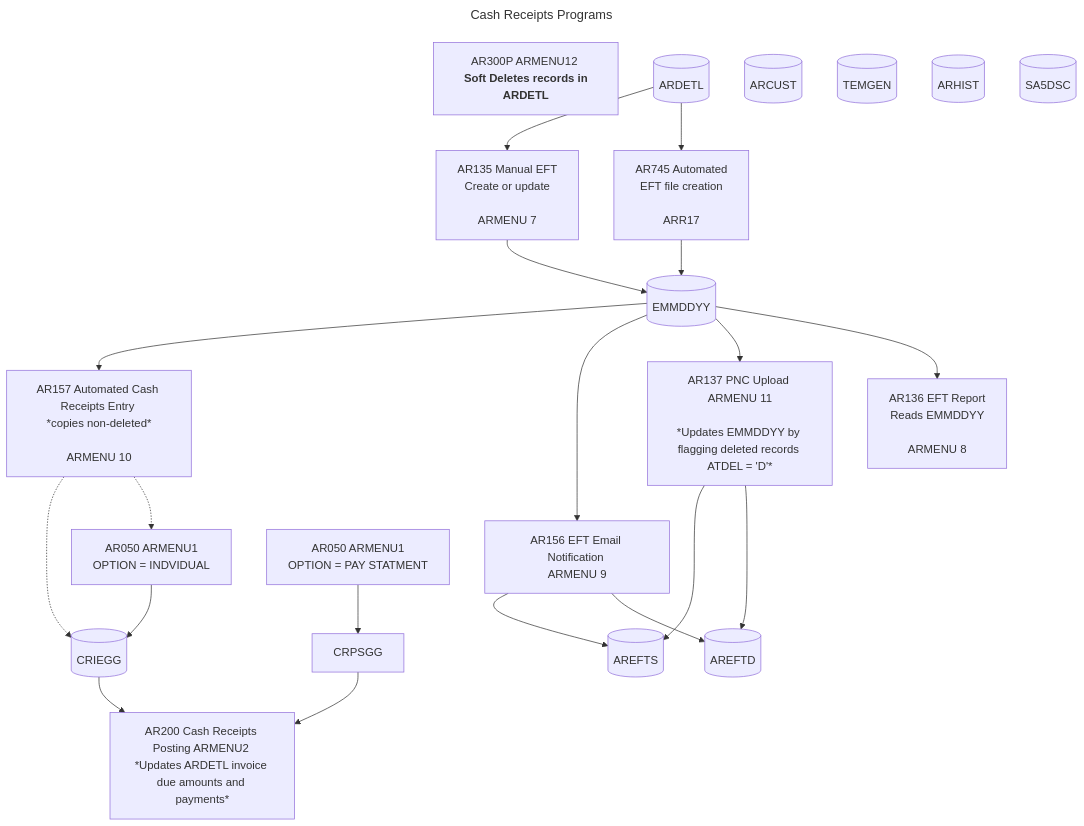
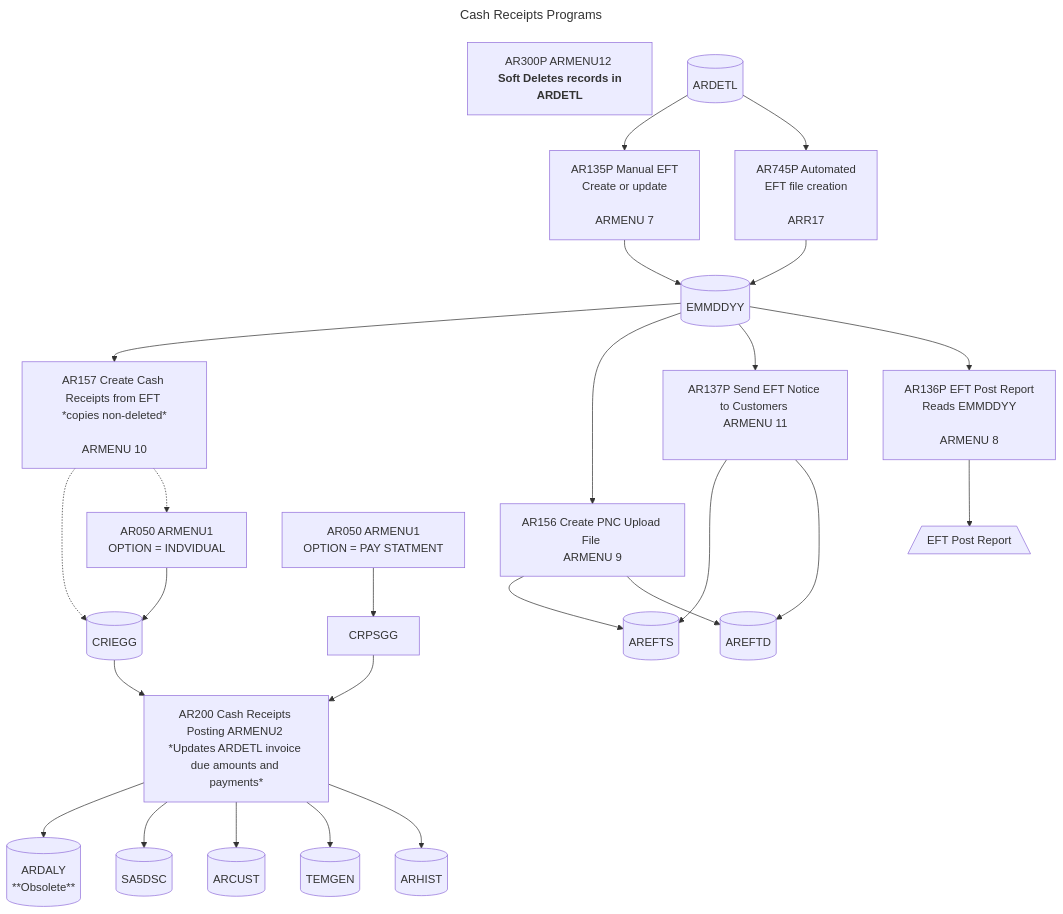
One commit to American-Refining-Group/DOCS-AS400-IBMi changed the diagram in docs/accounts-receivable/03 Cash Receipts/08 Cash Receipts Post AR200/Summary Data Flow.md. Above: the diagram before and after it, drawn with Mermaid.

Commit message:
Fix Flow Chart AR200

````diff
--- a/docs/accounts-receivable/03 Cash Receipts/08 Cash Receipts Post AR200/Summary Data Flow.md
+++ b/docs/accounts-receivable/03 Cash Receipts/08 Cash Receipts Post AR200/Summary Data Flow.md
@@ -29,49 +29,57 @@
 ```mermaid
 ---
 title: Cash Receipts Programs
 ---
 graph TD
     AR300P["`AR300P ARMENU12 <br> **Soft Deletes records in ARDETL**`"]
-    AR745["AR745 Automated <br>EFT file creation<br><br>ARR17"] 
-    AR135["AR135 Manual EFT <br> Create or update<br><br>ARMENU 7"]
-    AR136["AR136 EFT Report <br> Reads EMMDDYY<br><br>ARMENU 8"] 
-    AR137["AR137 PNC Upload <br>ARMENU 11<br><br>*Updates EMMDDYY by flagging deleted records ATDEL = 'D'*"]
-    AR156["AR156 EFT Email Notification <br>ARMENU 9"]
-    AR157["AR157 Automated Cash Receipts Entry <br>*copies non-deleted*<br><br>ARMENU 10<br>"]
+    AR745["AR745P Automated <br>EFT file creation<br><br>ARR17"] 
+    AR135["AR135P Manual EFT <br> Create or update<br><br>ARMENU 7"]
+    AR136["AR136P EFT Post Report <br> Reads EMMDDYY<br><br>ARMENU 8"] 
+    AR137["AR137P Send EFT Notice to Customers <br>ARMENU 11<br><br>"]
+    AR156["AR156 Create PNC Upload File <br>ARMENU 9"]
+    AR157["AR157 Create Cash Receipts from EFT <br>*copies non-deleted*<br><br>ARMENU 10<br>"]
     AR050IDV[AR050 ARMENU1 <br>OPTION = INDVIDUAL <br>]
     AR050PAY[AR050 ARMENU1 <br>OPTION = PAY STATMENT<br>]    
     AR200[AR200 Cash Receipts Posting ARMENU2 <br>*Updates ARDETL invoice due amounts and payments*]
 
     ARDETL[(ARDETL)]
     EMMDDYY[(EMMDDYY)]
     CRIEGG[(CRIEGG)]
     AREFTD[(AREFTD)]
     AREFTS[(AREFTS)]
 
     ARCUST[(ARCUST)]
     TEMGEN[(TEMGEN)]
     ARHIST[(ARHIST)]
     SA5DSC[(SA5DSC)]
-
+R1[/"EFT Post Report"\]
    
 AR300P
 ARDETL-->AR745
 ARDETL-->AR135
 AR745-->EMMDDYY
 AR135-->EMMDDYY
 EMMDDYY-->AR136
 EMMDDYY-->AR137
 AR137--->AREFTD
 AR137--->AREFTS
 EMMDDYY-->AR156
 AR156-->AREFTD
 AR156-->AREFTS
 
 AR157-.->AR050IDV
 AR050IDV-->CRIEGG
 AR050PAY-->CRPSGG
 CRIEGG-->AR200
 CRPSGG-->AR200
 
 EMMDDYY-->AR157-.->CRIEGG
+
+AR200-->ARHIST
+AR200-->TEMGEN
+AR200-->ARCUST
+AR200-->SA5DSC
+AR200-->ARDALY
+AR136-->R1
+ARDALY[(ARDALY <br>**Obsolete**<br>)]
 ```
````
